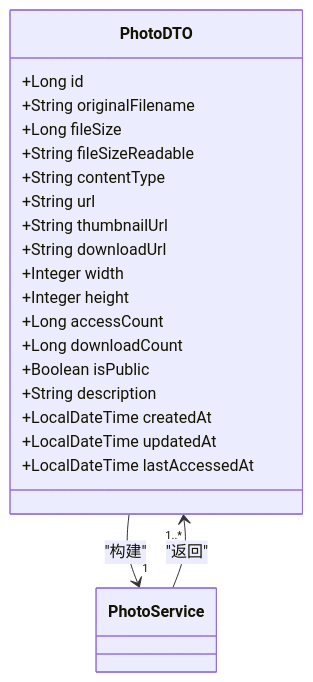
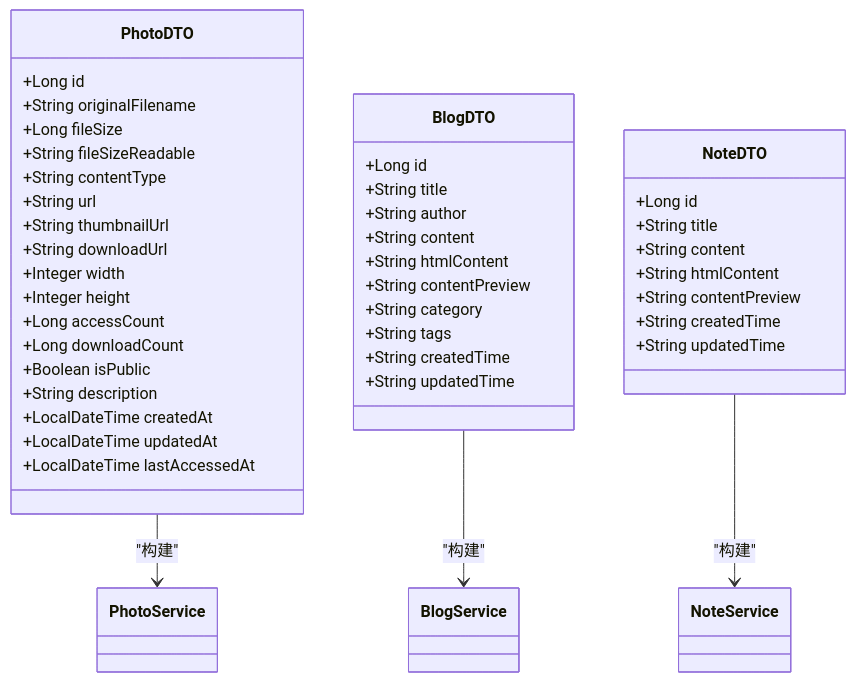
Before and after one commit to QoderZcy/zcyTest2: the sixth of 16 diagrams in .qoder/repowiki/zh/content/数据模型.md, drawn with Mermaid. The commit also changed other lines of this file and 9 other files, not shown here.

````diff
--- a/.qoder/repowiki/zh/content/数据模型.md
+++ b/.qoder/repowiki/zh/content/数据模型.md
@@ -132,24 +290,46 @@
 ```mermaid
 classDiagram
 class PhotoDTO {
 +Long id
 +String originalFilename
 +Long fileSize
 +String fileSizeReadable
 +String contentType
 +String url
 +String thumbnailUrl
 +String downloadUrl
 +Integer width
 +Integer height
 +Long accessCount
 +Long downloadCount
 +Boolean isPublic
 +String description
 +LocalDateTime createdAt
 +LocalDateTime updatedAt
 +LocalDateTime lastAccessedAt
 }
-PhotoDTO --> "1" PhotoService : "构建"
-PhotoService --> "1..*" PhotoDTO : "返回"
+class BlogDTO {
++Long id
++String title
++String author
++String content
++String htmlContent
++String contentPreview
++String category
++String tags
++String createdTime
++String updatedTime
+}
+class NoteDTO {
++Long id
++String title
++String content
++String htmlContent
++String contentPreview
++String createdTime
++String updatedTime
+}
+PhotoDTO --> PhotoService : "构建"
+BlogDTO --> BlogService : "构建"
+NoteDTO --> NoteService : "构建"
 ```
````
